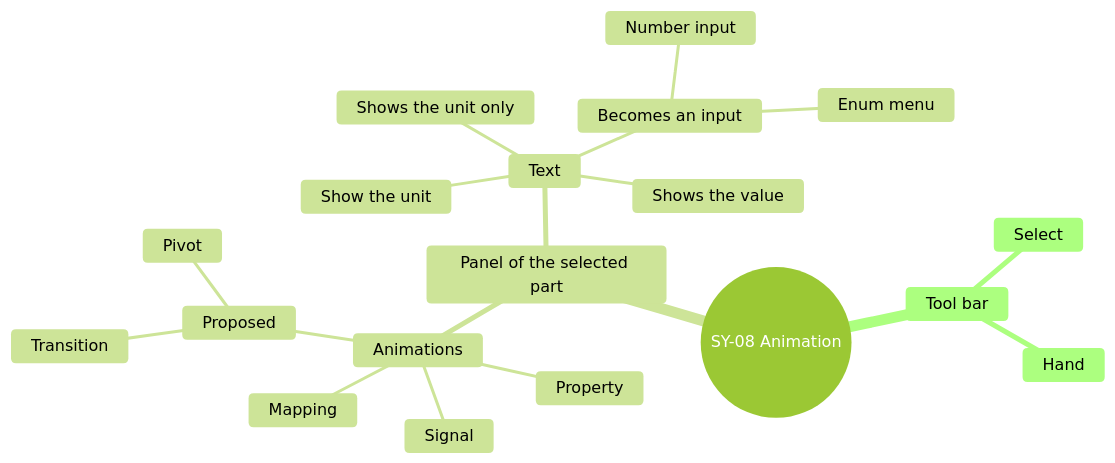
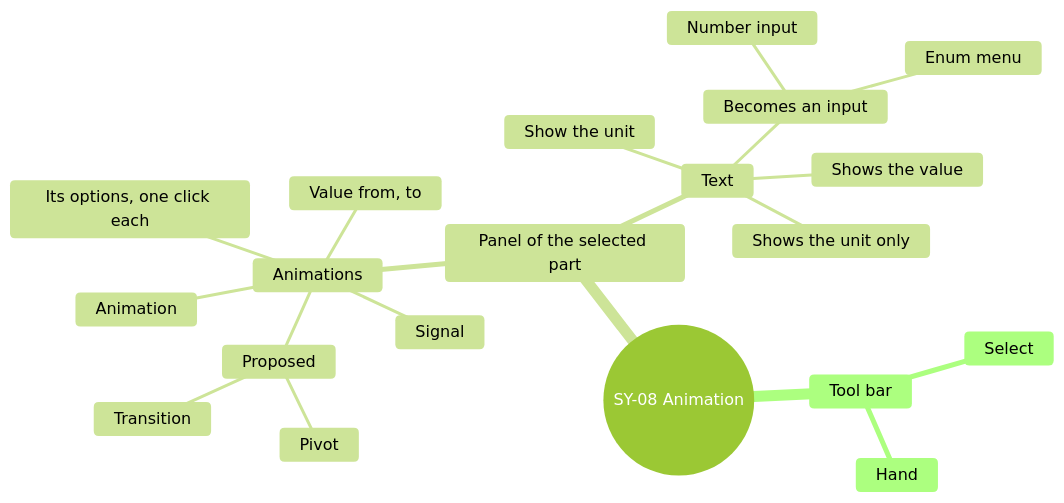
One commit to AlexandreGallais/synoptic-studio-spec changed the tenth of 16 diagrams in screens/symbols.md. Above: the diagram before and after it, drawn with Mermaid (forest theme). The commit also changed other lines of this file and 15 other files, not shown here.

````diff
--- a/screens/symbols.md
+++ b/screens/symbols.md
@@ -456,22 +456,23 @@
 ```mermaid
 mindmap
   root((SY-08 Animation))
     Tool bar
       Select
       Hand
     Panel of the selected part
       Animations
         Signal
-        Property
-        Mapping
+        Animation
+        Its options, one click each
+        Value from, to
         Proposed
           Transition
           Pivot
       Text
         Shows the value
         Shows the unit only
         Show the unit
         Becomes an input
           Number input
           Enum menu
 ```
````
